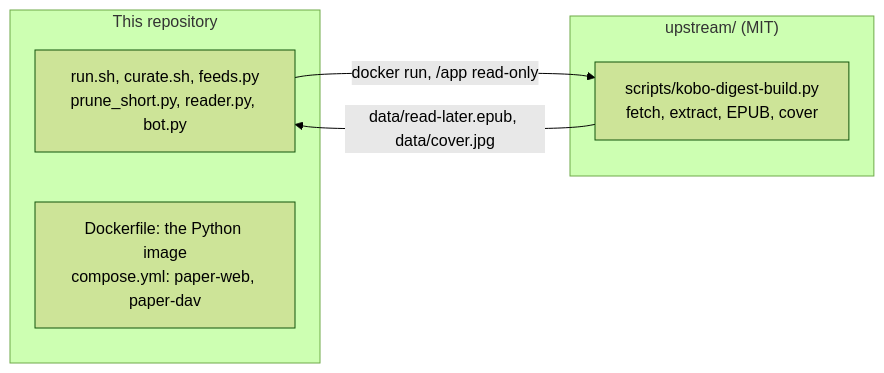
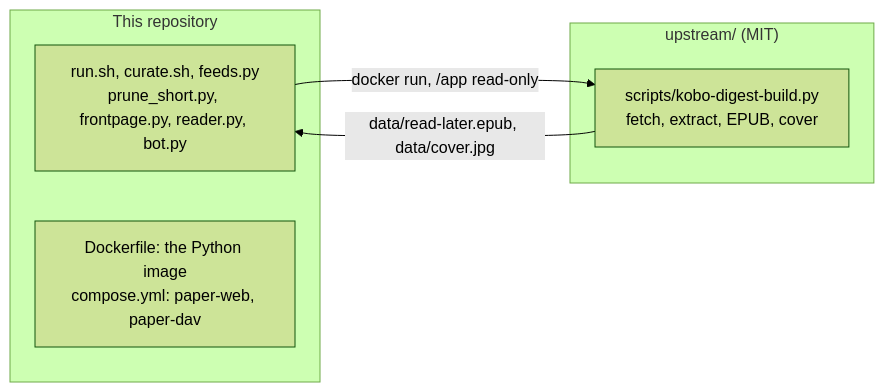
One commit to haziqhilmismail/morning-paper changed the second of 2 diagrams in README.md. Above: the diagram before and after it, drawn with Mermaid (forest theme). The commit also changed other lines of this file and 5 other files, not shown here.

````diff
--- a/README.md
+++ b/README.md
@@ -59,12 +61,12 @@
 ```mermaid
 flowchart LR
 	subgraph here["This repository"]
-		scripts["run.sh, curate.sh, feeds.py<br/>prune_short.py, reader.py, bot.py"]
+		scripts["run.sh, curate.sh, feeds.py<br/>prune_short.py, frontpage.py, reader.py, bot.py"]
 		docker["Dockerfile: the Python image<br/>compose.yml: paper-web, paper-dav"]
 	end
 	subgraph up["upstream/ (MIT)"]
 		builder["scripts/kobo-digest-build.py<br/>fetch, extract, EPUB, cover"]
 	end
 	scripts -- "docker run, /app read-only" --> builder
 	builder -- "data/read-later.epub, data/cover.jpg" --> scripts
 ```
````
